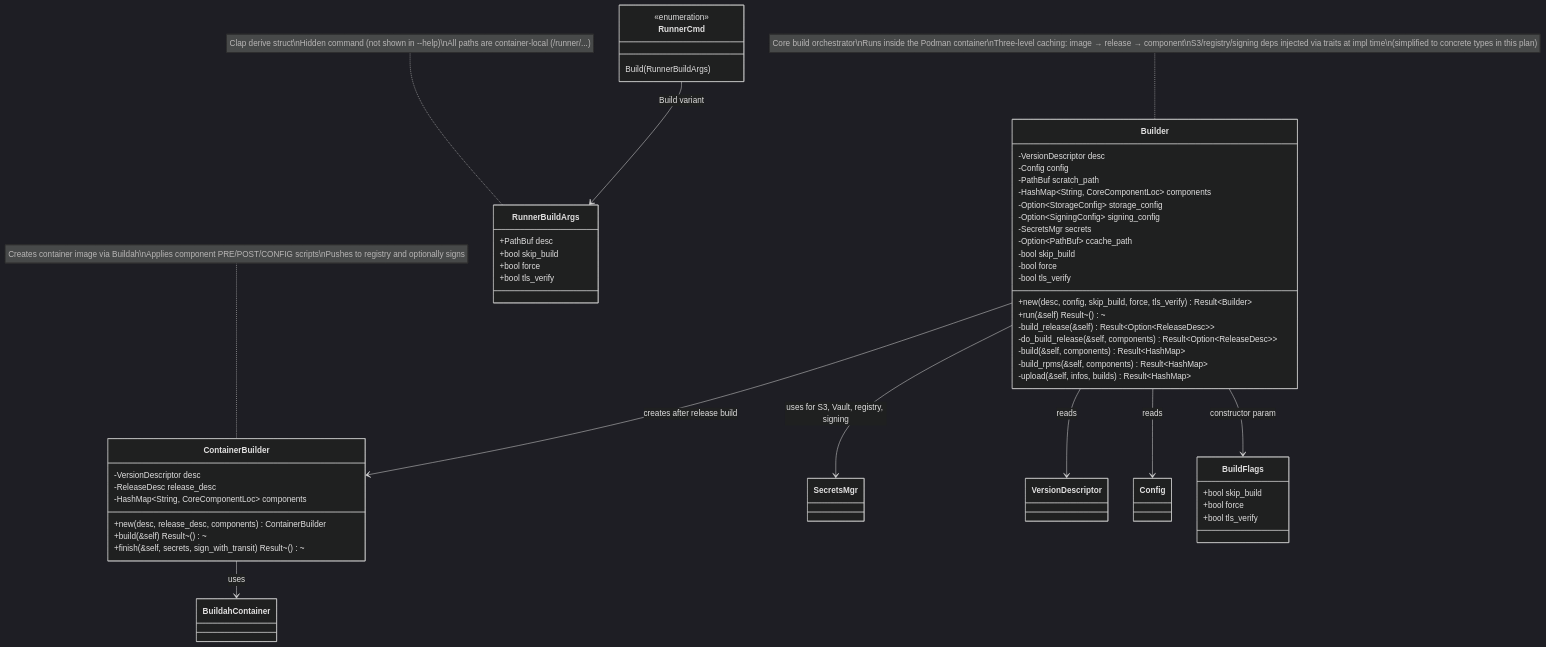
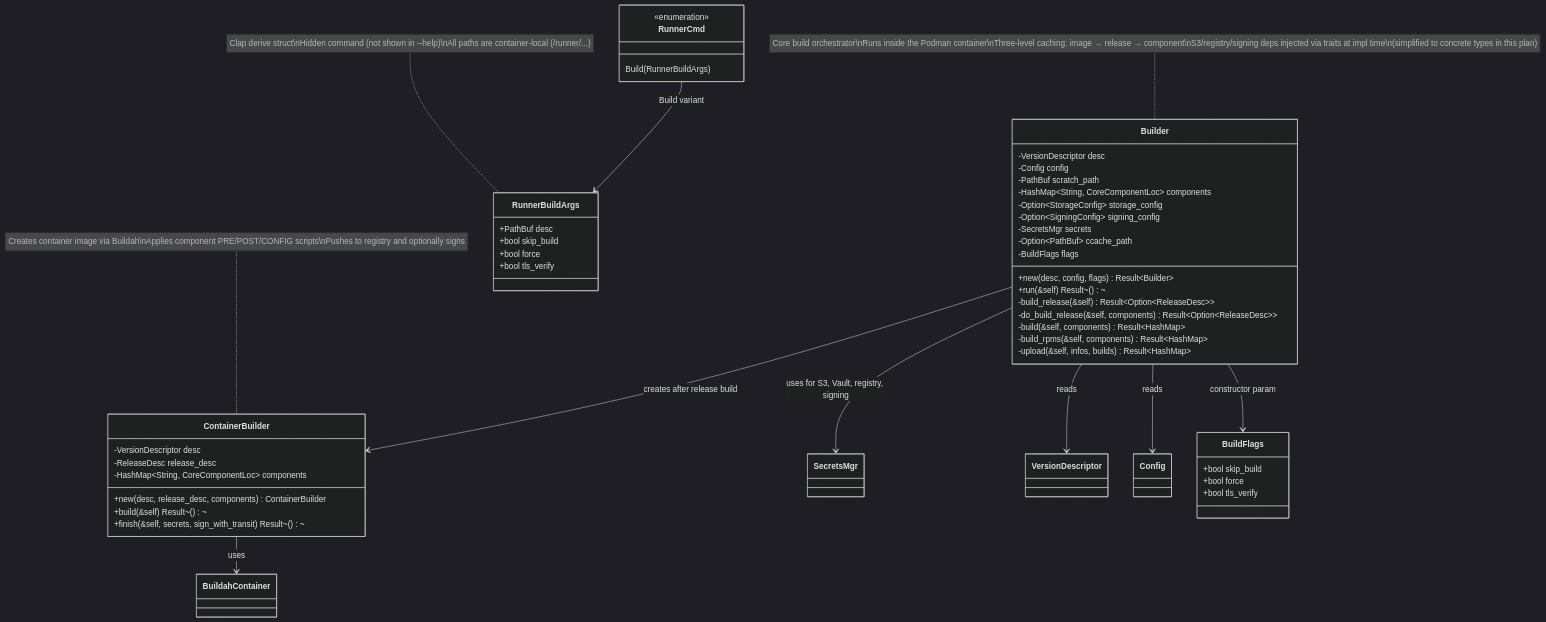
The second of 2 diagrams in _docs/plans/subcmd-runner-build.md (UweSchwaeke/cbs), drawn with Mermaid (dark theme) before and after one commit. The commit also changed other lines of this file, not shown here.

Commit message:
cbscore-rs: update stale Builder diagram and struct in runner-build subplan
The class diagram and Rust struct definition still listed individual
bool fields (skip_build, force, tls_verify) instead of the BuildFlags
struct that was introduced earlier. This brings the subplan into
alignment with the unified class diagram and Builder::new() signature.

````diff
--- a/_docs/plans/subcmd-runner-build.md
+++ b/_docs/plans/subcmd-runner-build.md
@@ -156,66 +156,64 @@
 ```mermaid
 classDiagram
     direction TB
 
     class Builder {
         -VersionDescriptor desc
         -Config config
         -PathBuf scratch_path
         -HashMap~String, CoreComponentLoc~ components
         -Option~StorageConfig~ storage_config
         -Option~SigningConfig~ signing_config
         -SecretsMgr secrets
         -Option~PathBuf~ ccache_path
-        -bool skip_build
-        -bool force
-        -bool tls_verify
-        +new(desc, config, skip_build, force, tls_verify) Result~Builder~
+        -BuildFlags flags
+        +new(desc, config, flags) Result~Builder~
         +run(&self) Result~()~
         -build_release(&self) Result~Option~ReleaseDesc~~
         -do_build_release(&self, components) Result~Option~ReleaseDesc~~
         -build(&self, components) Result~HashMap~
         -build_rpms(&self, components) Result~HashMap~
         -upload(&self, infos, builds) Result~HashMap~
     }
 
     class ContainerBuilder {
         -VersionDescriptor desc
         -ReleaseDesc release_desc
         -HashMap~String, CoreComponentLoc~ components
         +new(desc, release_desc, components) ContainerBuilder
         +build(&self) Result~()~
         +finish(&self, secrets, sign_with_transit) Result~()~
     }
 
     class RunnerBuildArgs {
         +PathBuf desc
         +bool skip_build
         +bool force
         +bool tls_verify
     }
 
     class RunnerCmd {
         <<enumeration>>
         Build(RunnerBuildArgs)
     }
 
     Builder --> ContainerBuilder : creates after release build
     Builder --> SecretsMgr : uses for S3, Vault, registry, signing
     Builder --> VersionDescriptor : reads
     Builder --> Config : reads
     ContainerBuilder --> BuildahContainer : uses
 
     RunnerCmd --> RunnerBuildArgs : Build variant
 
     class BuildFlags {
         +bool skip_build
         +bool force
         +bool tls_verify
     }
 
     Builder --> BuildFlags : constructor param
 
     note for Builder "Core build orchestrator\nRuns inside the Podman container\nThree-level caching: image → release → component\nS3/registry/signing deps injected via traits at impl time\n(simplified to concrete types in this plan)"
     note for RunnerBuildArgs "Clap derive struct\nHidden command (not shown in --help)\nAll paths are container-local (/runner/...)"
     note for ContainerBuilder "Creates container image via Buildah\nApplies component PRE/POST/CONFIG scripts\nPushes to registry and optionally signs"
 ```
````
